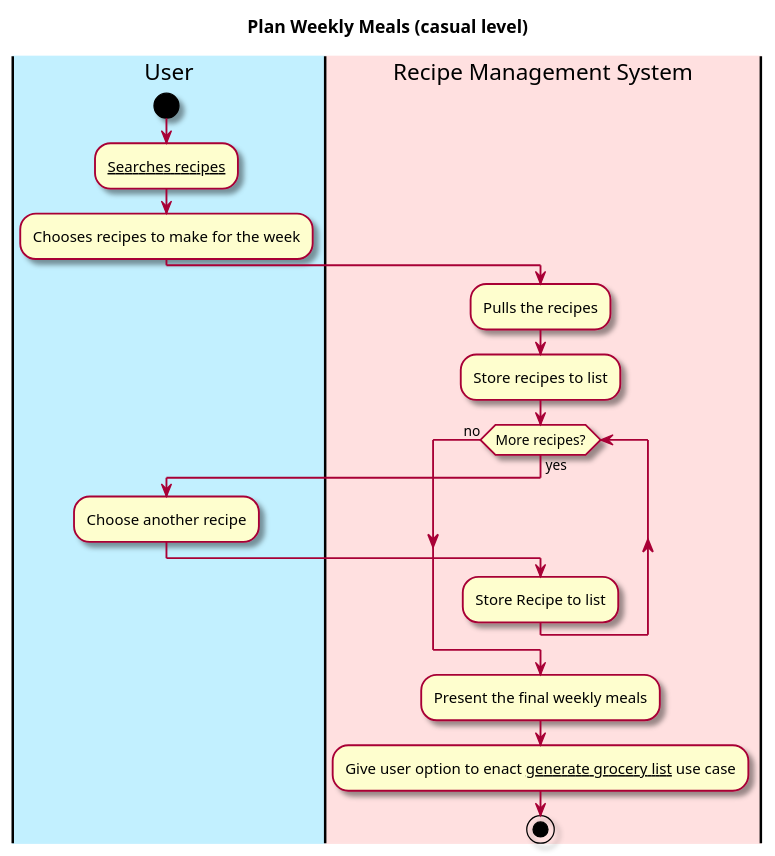
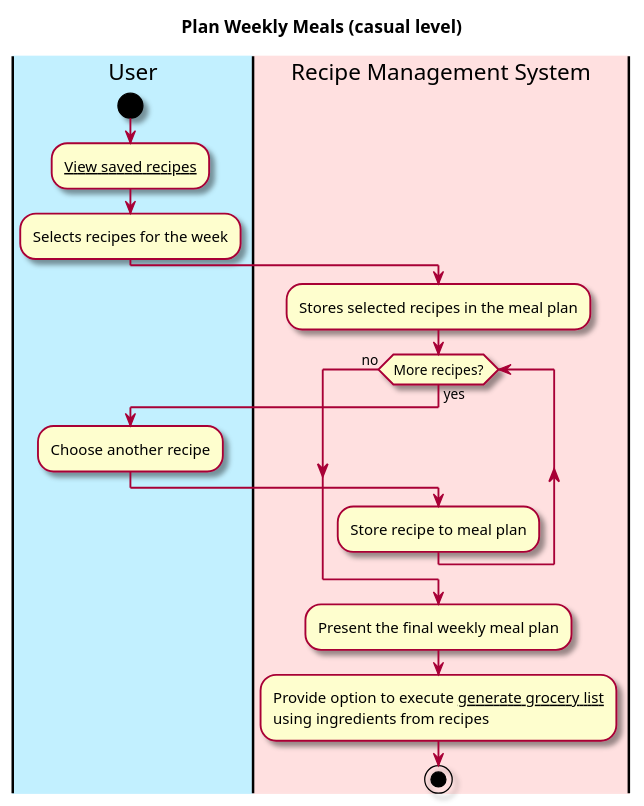
Before and after one commit to berthashipper/Pantry-Pal-Android-Application: the diagram in intellij/doc/use-cases/plan_weekly_meals.md, drawn with PlantUML. The commit also changed other lines of this file and 1 other file, not shown here.

Commit message:
Improved plan_weekly_meals use case:

````diff
--- a/intellij/doc/use-cases/plan_weekly_meals.md
+++ b/intellij/doc/use-cases/plan_weekly_meals.md
@@ -29,34 +30,34 @@
 ```plantuml
 @startuml
 
 skin rose
 
 title Plan Weekly Meals (casual level)
 
 'define the lanes
 |#application|User|
 |#implementation|Recipe Management System|
 
 |User|
 start
-:__Searches recipes__;
-:Chooses recipes to make for the week;
+:__View saved recipes__;
+:Selects recipes for the week;
 
 |Recipe Management System|
-:Pulls the recipes;
-:Store recipes to list;
+:Stores selected recipes in the meal plan;
 while (More recipes?) is (yes)
    |User|
   :Choose another recipe;
   |Recipe Management System|
-:Store Recipe to list;
+:Store recipe to meal plan;
 endwhile (no)
 
 |Recipe Management System|
-:Present the final weekly meals;
-:Give user option to enact __generate grocery list__ use case;
+:Present the final weekly meal plan;
+:Provide option to execute __generate grocery list__
+using ingredients from recipes;
 
 stop
 @enduml
 
 ```
````
